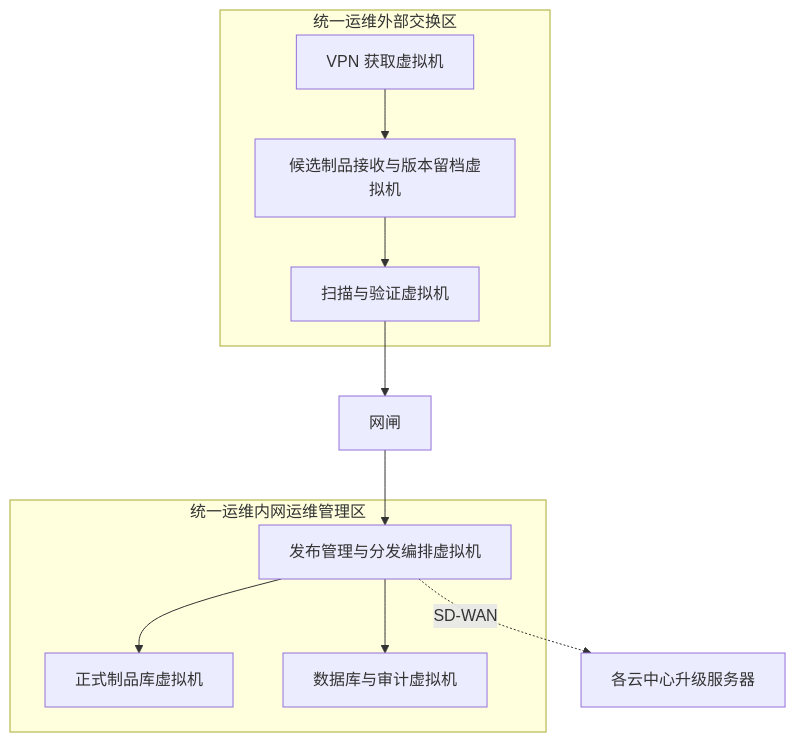
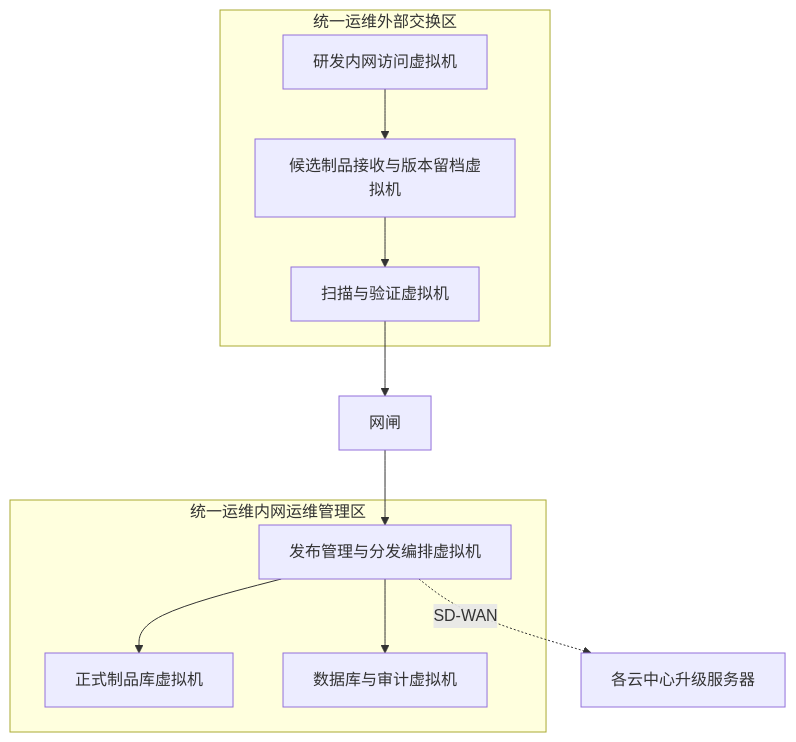
One commit to dongsweet/cloud-artifact-management changed the fourth of 4 diagrams in docs/system-design.md. Above: the diagram before and after it, drawn with Mermaid. The commit also changed other lines of this file and 1 other file, not shown here.

````diff
--- a/docs/system-design.md
+++ b/docs/system-design.md
@@ -412,21 +415,21 @@
 ```mermaid
 flowchart TB
     subgraph EXT[统一运维外部交换区]
-        V[VPN 获取虚拟机]
+        V[研发内网访问虚拟机]
         C[候选制品接收与版本留档虚拟机]
         S[扫描与验证虚拟机]
         V --> C --> S
     end
 
     subgraph INT[统一运维内网运维管理区]
         M[发布管理与分发编排虚拟机]
         R[正式制品库虚拟机]
         D[数据库与审计虚拟机]
         M --> R
         M --> D
     end
 
     S --> G[网闸]
     G --> M
     M -. SD-WAN .-> A[各云中心升级服务器]
 ```
````
